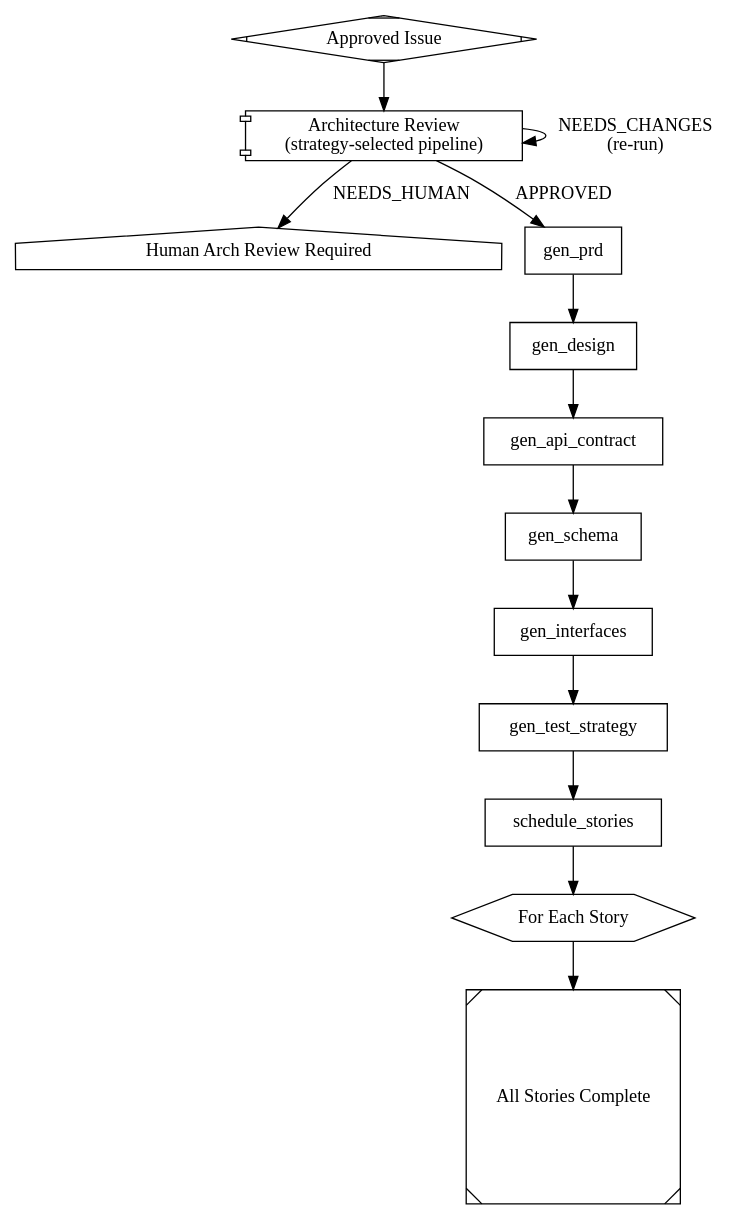
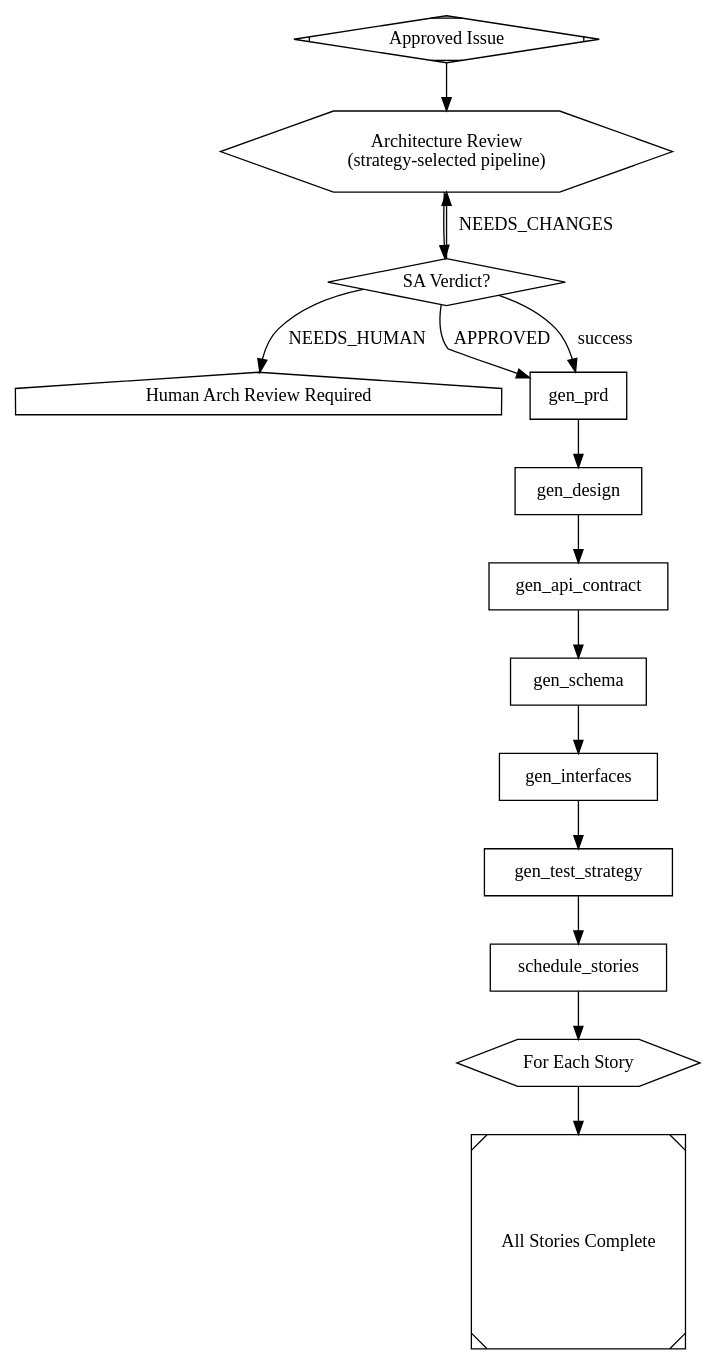
One commit to ardrodus/dark-fac changed the diagram in pipelines/dark_forge.dot. Above: the diagram before and after it, drawn with Graphviz. The commit also changed 2 other files, not shown here.

Commit message:
fix arch_review and self_forge pipeline nodes using wrong shape/handler
Three issues causing the arch_review infinite retry loop:

1. arch_review used shape=component (ParallelHandler) instead of
   shape=hexagon (ManagerHandler). The 3 outgoing conditional edges
   were treated as parallel branches, not conditional exits.
   Same fix applied to self_forge in ouroboros.dot.

2. ManagerHandler did not expand $variables in child_graph attribute.
   "arch_review_${strategy}.dot" was passed literally to Path(),
   causing file-not-found on every attempt. Now uses expand_variables()
   from the pipeline context before loading.

3. Nodes lacked max_retries, falling back to the global default of 50.
   Added max_retries=2 to prevent excessive retries on legitimate failures.

Also changed pipeline= (dead attribute, no handler reads it) to
child_graph= (read by ManagerHandler) with proper path format.
Added arch_verdict diamond node for conditional routing after review.

```diff
--- a/pipelines/dark_forge.dot
+++ b/pipelines/dark_forge.dot
@@ -1,115 +1,119 @@
 // Dark Forge: TDD Pipeline
 //
 // The build engine of Dark Factory. Takes an approved issue through
 // architecture review, PRD generation, story scheduling, and the
 // Test Writer -> Feature Writer -> Code Reviewer TDD loop.
 // Each story produces a merged PR.
 //
 // The architecture review is a SEPARATE pipeline, selected by deployment
 // strategy. Dark Forge invokes the appropriate one:
 //   arch_review_web.dot     --  6 specialists + SA Lead
 //   arch_review_console.dot --  4 specialists + SA Lead
 //
 // Demonstrates: pipeline invocation, supervisor loops, conditional branching,
 // tool confinement, information gap (test writer and feature writer are isolated).
 
 digraph dark_forge {
     graph [
         goal="Transform an approved GitHub issue into merged PRs via architecture review + TDD"
     ]
 
     // --- Entry ---
     start [shape=Mdiamond, label="Approved Issue"]
 
     // ===========================================
     // Architecture Review (external pipeline)
     //
     // Invokes the strategy-specific arch review pipeline.
     // The pipeline is selected at runtime based on DEPLOY_STRATEGY:
     //   web     -> arch_review_web.dot     ( 6 stages)
     //   console -> arch_review_console.dot ( 4 stages)
     //
     // Returns: Engineering Brief (APPROVED | NEEDS_CHANGES | NEEDS_HUMAN)
     // ===========================================
 
     arch_review [
-        shape=component,
+        shape=hexagon,
         label="Architecture Review\n(strategy-selected pipeline)",
-        pipeline="arch_review_${strategy}.dot"
+        child_graph="dark_factory/pipelines/arch_review_${strategy}.dot",
+        max_iterations=2,
+        max_retries=2
     ]
 
+    arch_verdict [shape=diamond, label="SA Verdict?"]
     arch_needs_human [shape=house, label="Human Arch Review Required"]
 
     // ===========================================
     // Specification Generation (US-301 through US-307)
     //
     // Sequential spec pipeline: each step builds on the previous.
     // All specs saved to .dark-factory/specs/{issue_number}/
     // ===========================================
 
     // US-301: PRD generation
     gen_prd [
         shape=box,
         prompt="You are the PRD Generator. Given this GitHub issue: $issue\n\nEngineering Brief (from Architecture Review):\n$engineering_brief\n\nGenerate a Product Requirements Document with:\n- Title, description, scope\n- User stories with id, title, description, acceptance_criteria, priority, depends_on\n- Non-functional requirements\n- Out of scope items\n\nSupport L1/L2/L3 detail levels based on issue complexity.\nOutput as structured JSON (PRDResult format).\nSave to .dark-factory/specs/$issue_number/prd.json"
     ]
 
     // US-302: Technical design document
     gen_design [
         shape=box,
         prompt="You are the Design Agent. Given this PRD and codebase analysis:\n\nPRD:\n$gen_prd\n\nGenerate a Technical Design Document covering:\n- Architecture decisions (with rationale)\n- Component changes (new/modified/removed)\n- Data model changes\n- API changes\n- Risks and mitigations\n\nReference existing codebase patterns from the workspace.\nOutput as structured markdown.\nSave to .dark-factory/specs/$issue_number/design.md"
     ]
 
     // US-303: API contract
     gen_api_contract [
         shape=box,
         prompt="You are the API Contract Generator. Given the design doc:\n\n$gen_design\n\nAuto-detect the contract type from the codebase:\n- OpenAPI for REST APIs\n- GraphQL schema for GraphQL\n- Protobuf for gRPC\n- CLI spec for command-line tools\n\nGenerate the appropriate contract spec with endpoints, request/response schemas, error codes.\nSave to .dark-factory/specs/$issue_number/api-contract.*"
     ]
 
     // US-304: Database schema
     gen_schema [
         shape=box,
         prompt="You are the Schema Generator. Given the design doc:\n\n$gen_design\n\nDetect the database type from the codebase (PostgreSQL, MySQL, SQLite, MongoDB, etc.).\nGenerate:\n- DDL for new tables/columns\n- Migration scripts for changes\n- Index recommendations\n\nSave to .dark-factory/specs/$issue_number/schema.sql"
     ]
 
     // US-305: Interface definitions
     gen_interfaces [
         shape=box,
         prompt="You are the Interface Generator. Given the design doc:\n\n$gen_design\n\nGenerate language-appropriate typed interface definitions:\n- TypeScript: interfaces/types\n- Python: Protocol classes\n- Go: interfaces\n- Rust: traits\n- Java: interfaces\n\nDetect the language from the codebase.\nSave to .dark-factory/specs/$issue_number/interfaces/"
     ]
 
     // US-306: Test strategy
     gen_test_strategy [
         shape=box,
         prompt="You are the Test Strategy Generator. Given:\n\nPRD:\n$gen_prd\n\nDesign:\n$gen_design\n\nGenerate a test strategy covering:\n- Unit tests: what to test, expected assertions\n- Integration tests: component interactions\n- E2E tests: user-facing flows\n- Fixtures and mocks needed\n- Coverage targets\n- Existing tests that may be affected\n\nSave to .dark-factory/specs/$issue_number/test-strategy.md"
     ]
 
     // US-307: Story scheduling (parse PRD into ordered stories -> GitHub Issues)
     schedule_stories [
         shape=box,
         prompt="Parse the PRD into ordered user stories ready for implementation.\n\nPRD:\n$gen_prd\n\nFor each story:\n- Validate required fields (id, title, description, acceptance_criteria)\n- Warn if acceptance criteria > 10 items (suggest split)\n- Order by dependency chain\n\nOutput as JSON array with fields: id, title, description, acceptance_criteria, depends_on.\nCreate GitHub Issues with factory labels (queued, priority) if configured."
     ]
 
     // --- Per-Story TDD Loop (manager runs child pipeline per story) ---
     story_loop [
         shape=hexagon,
         label="For Each Story",
         child_graph="dark_factory/pipelines/story_tdd.dot",
         max_iterations=5
     ]
 
     done [shape=Msquare, label="All Stories Complete"]
 
     // --- Flow ---
-    start -> arch_review
+    start -> arch_review -> arch_verdict
 
-    // Architecture review exits
-    arch_review -> gen_prd [label="APPROVED"]
-    arch_review -> arch_needs_human [label="NEEDS_HUMAN"]
-    arch_review -> arch_review [label="NEEDS_CHANGES\n(re-run)"]
+    // Architecture review verdict routing
+    arch_verdict -> gen_prd [label="APPROVED"]
+    arch_verdict -> gen_prd [label="success"]
+    arch_verdict -> arch_needs_human [label="NEEDS_HUMAN"]
+    arch_verdict -> arch_review [label="NEEDS_CHANGES"]
 
     // Spec generation pipeline (US-301 -> US-307)
     gen_prd -> gen_design -> gen_api_contract -> gen_schema -> gen_interfaces -> gen_test_strategy -> schedule_stories
 
     // Stories -> TDD manager loop
     schedule_stories -> story_loop -> done
 }
```
